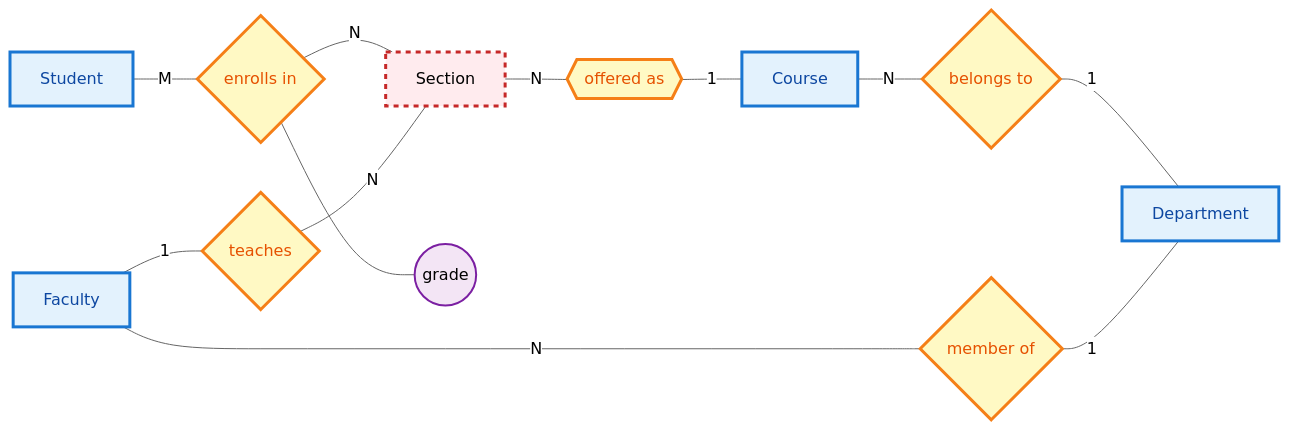
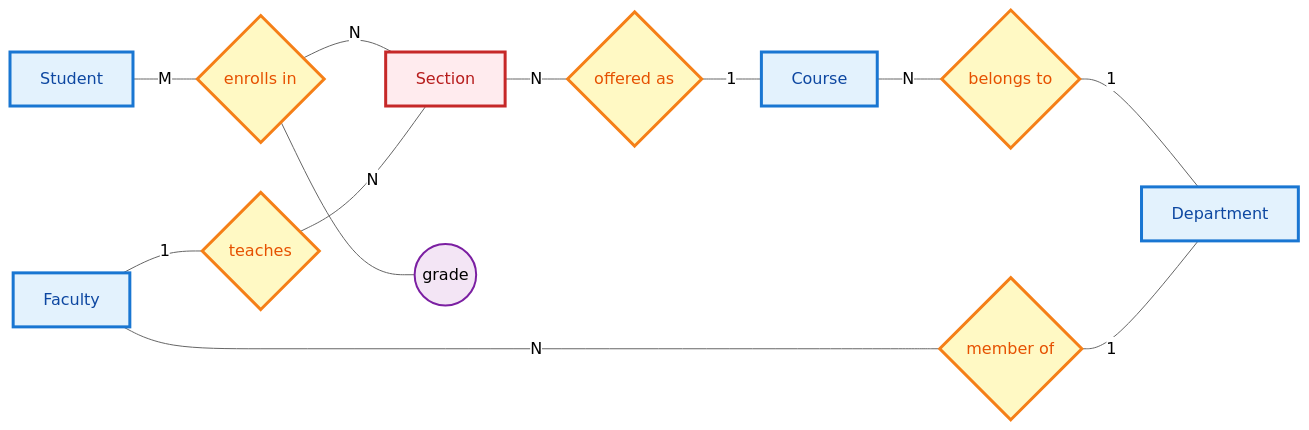
The eighth of 10 diagrams in lecture-outlines/day7-er-to-relations/slides.md (ufdatastudio/cop5725fa26), drawn with Mermaid (neutral theme) before and after one commit. The commit also changed other lines of this file and 5 other files, not shown here.

First line of the commit message:
docs: align day 7 deck with the ER notation conventions

````diff
--- a/lecture-outlines/day7-er-to-relations/slides.md
+++ b/lecture-outlines/day7-er-to-relations/slides.md
@@ -489,22 +490,22 @@
 ```mermaid
 graph LR
   S["Student"] -- "M" --- E{"enrolls in"}
-  E -- "N" --- Sec["Section"]
-  Sec -- "N" --- O{{"offered as"}}
+  E -- "N" --- Sec["<span class='weak-inner'>Section</span>"]
+  Sec -- "N" --- O{"offered as"}
   O -- "1" --- C["Course"]
   C -- "N" --- B{"belongs to"}
   B -- "1" --- D["Department"]
   F["Faculty"] -- "N" --- M{"member of"}
   M -- "1" --- D
   F -- "1" --- T{"teaches"}
   T -- "N" --- Sec
   E --- G(("grade"))
   classDef entity fill:#e3f2fd,stroke:#1976d2,stroke-width:3px,color:#0d47a1
-  classDef weak fill:#ffebee,stroke:#c62828,stroke-width:3px,stroke-dasharray:5 5
+  classDef weak fill:#ffebee,stroke:#c62828,stroke-width:3px,color:#b71c1c
   classDef rel fill:#fff9c4,stroke:#f57f17,stroke-width:3px,color:#e65100
   classDef attr fill:#f3e5f5,stroke:#7b1fa2,stroke-width:2px
   class S,C,F,D entity
   class Sec weak
   class E,O,B,M,T rel
   class G attr
 ```
````
